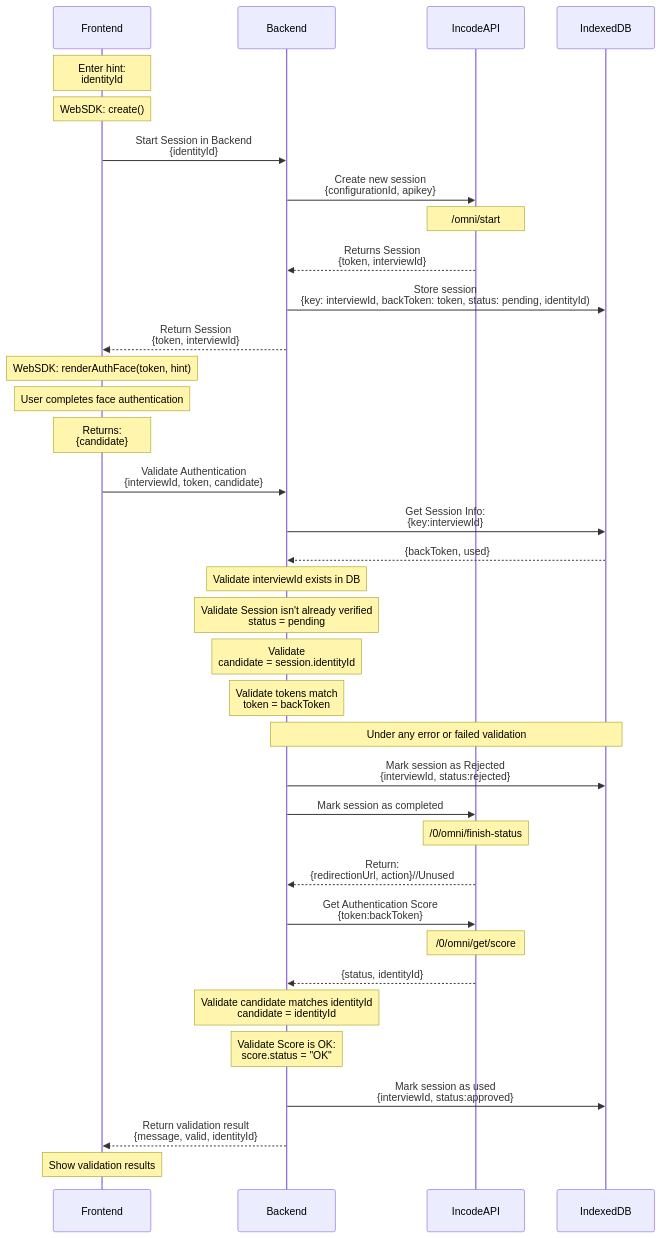
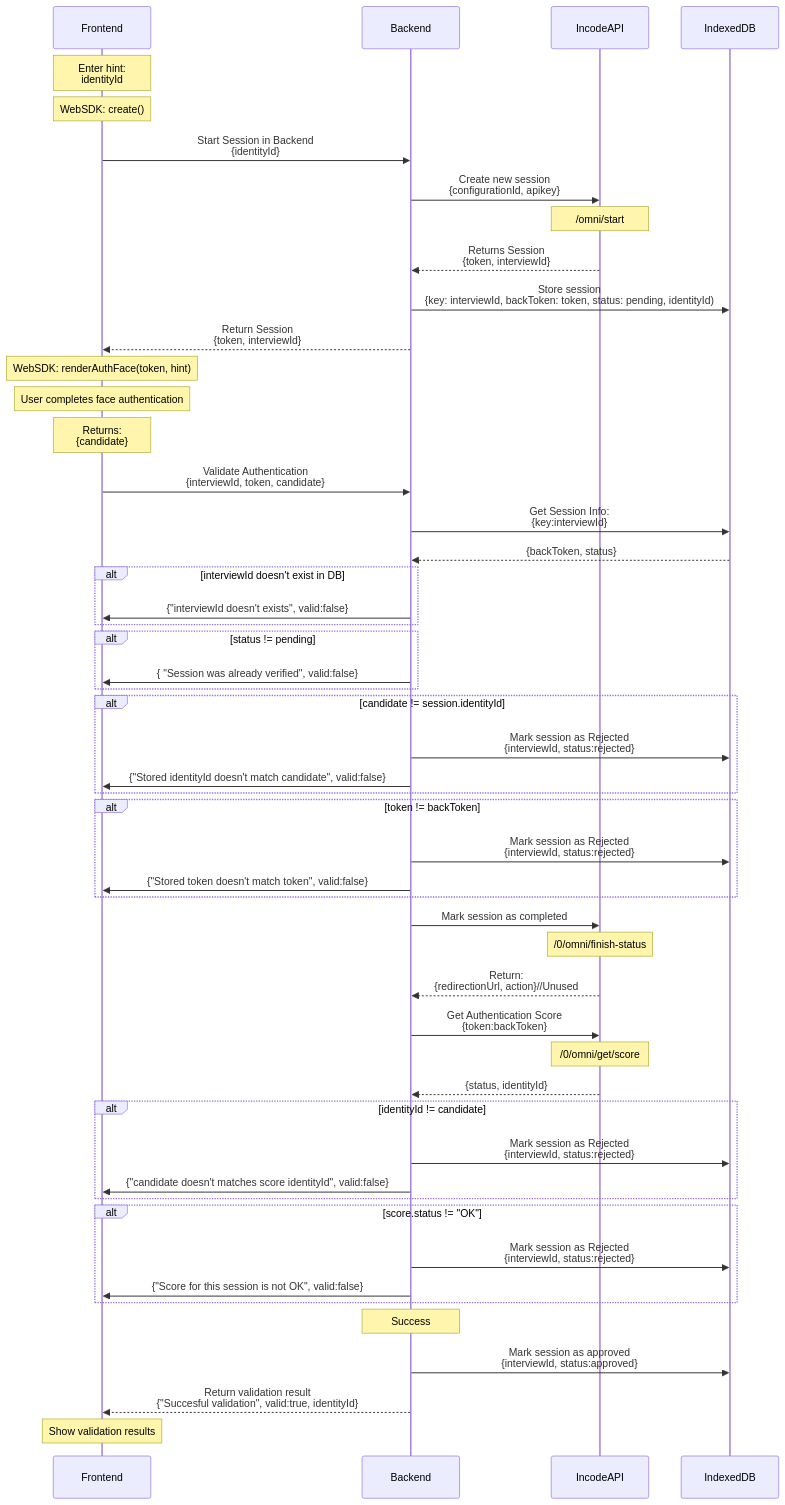
The diagram in README.md (Incode-Technologies-Example-Repos/authentication-core-javascript), drawn with Mermaid before and after one commit. The commit also changed other lines of this file, not shown here.

Commit message:
updated diagram with alts to clarify conditionals and actions on errors

````diff
--- a/README.md
+++ b/README.md
@@ -17,44 +18,59 @@
 ```mermaid
 sequenceDiagram
     participant Frontend
     participant Backend
     participant IncodeAPI
     participant IndexedDB
 
     Note over Frontend: Enter hint:<br> identityId
     Note over Frontend: WebSDK: create()
     Frontend->>Backend: Start Session in Backend<br>{identityId}
     Backend->>IncodeAPI: Create new session<br>{configurationId, apikey}
     Note over IncodeAPI: /omni/start
     IncodeAPI-->>Backend: Returns Session<br>{token, interviewId}
     Backend->>IndexedDB: Store session<br>{key: interviewId, backToken: token, status: pending, identityId)
     Backend-->>Frontend: Return Session<br>{token, interviewId}
-    
+
     Note over Frontend: WebSDK: renderAuthFace(token, hint)
     Note over Frontend: User completes face authentication
     Note over Frontend:Returns:<br>{candidate}
-     
+
     Frontend->>Backend: Validate Authentication<br>{interviewId, token, candidate}
     Backend->>IndexedDB: Get Session Info:<br>{key:interviewId}
-    IndexedDB-->>Backend:  {backToken, used}
-    Note over Backend: Validate interviewId exists in DB
-    Note over Backend: Validate Session isn't already verified<br>status = pending 
-    Note over Backend: Validate<br>candidate = session.identityId
-    Note over Backend: Validate tokens match<br>token = backToken
-
-   Note over Backend,IndexedDB: Under any error or failed validation
-   Backend->>IndexedDB: Mark session as Rejected<br>{interviewId, status:rejected}
-
+    IndexedDB-->>Backend:  {backToken, status}
+    alt interviewId doesn't exist in DB
+      Backend->>Frontend: {"interviewId doesn't exists", valid:false}
+    end
+    alt status != pending
+      Backend->>Frontend: { "Session was already verified", valid:false}
+    end
+    alt candidate != session.identityId
+      Backend->>IndexedDB: Mark session as Rejected<br>{interviewId, status:rejected}
+      Backend->>Frontend: {"Stored identityId doesn't match candidate", valid:false}
+    end
+    alt token != backToken
+      Backend->>IndexedDB: Mark session as Rejected<br>{interviewId, status:rejected}
+      Backend->>Frontend: {"Stored token doesn't match token", valid:false}
+    end
+   
     Backend->>IncodeAPI: Mark session as completed
-    Note over IncodeAPI: /0/omni/finish-status 
+    Note over IncodeAPI: /0/omni/finish-status
     IncodeAPI-->>Backend: Return:<br>{redirectionUrl, action}//Unused
 
     Backend->>IncodeAPI: Get Authentication Score<br>{token:backToken}
     Note over IncodeAPI: /0/omni/get/score
     IncodeAPI-->>Backend: {status, identityId}
-    Note over Backend: Validate candidate matches identityId<br> candidate = identityId
-    Note over Backend: Validate Score is OK:<br>score.status = "OK"
-    Backend->>IndexedDB: Mark session as used<br>{interviewId, status:approved}
-    Backend-->>Frontend: Return validation result<br>{message, valid, identityId}
+    alt identityId != candidate
+      Backend->>IndexedDB: Mark session as Rejected<br>{interviewId, status:rejected}
+      Backend->>Frontend: {"candidate doesn't matches score identityId", valid:false}
+    end
+    alt score.status != "OK"
+      Backend->>IndexedDB: Mark session as Rejected<br>{interviewId, status:rejected}
+      Backend->>Frontend: {"Score for this session is not OK", valid:false}
+    end
+
+    Note over Backend: Success
+    Backend->>IndexedDB: Mark session as approved<br>{interviewId, status:approved}
+    Backend-->>Frontend: Return validation result<br>{"Succesful validation", valid:true, identityId}
     Note over Frontend: Show validation results
 ```
````
